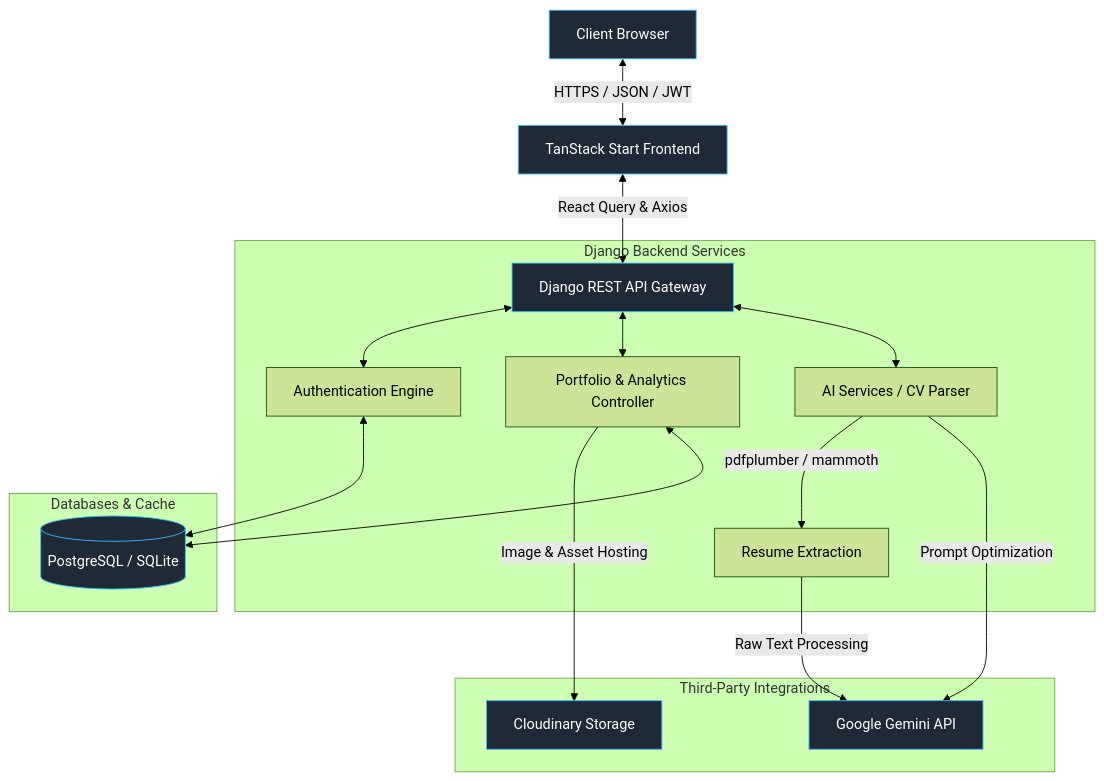
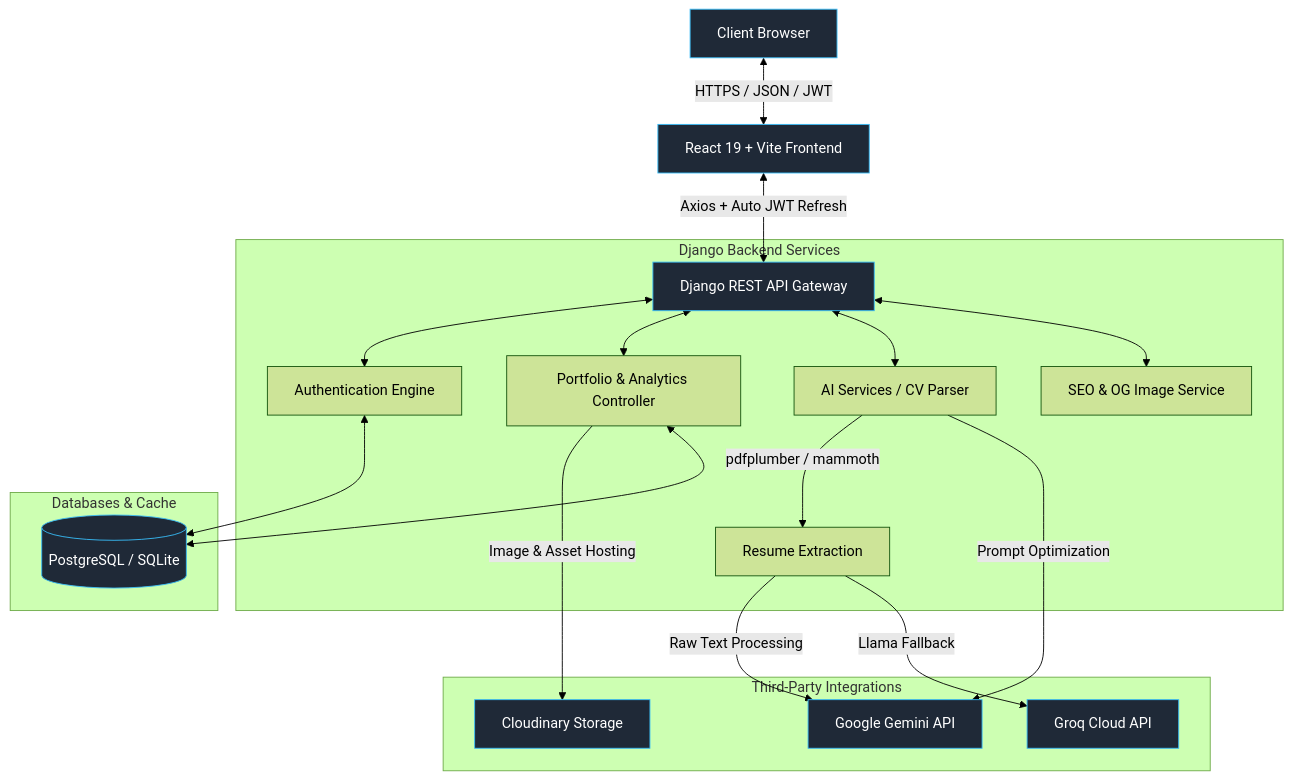
Before and after one commit to Indrasish007/PortfolioBuilder: the diagram in README.md, drawn with Mermaid (forest theme). The commit also changed other lines of this file, not shown here.

````diff
--- a/README.md
+++ b/README.md
@@ -55,26 +71,28 @@
 ```mermaid
 graph TD
-    A[Client Browser] <-->|HTTPS / JSON / JWT| B[TanStack Start Frontend]
-    B <-->|React Query & Axios| C[Django REST API Gateway]
+    A[Client Browser] <-->|HTTPS / JSON / JWT| B[React 19 + Vite Frontend]
+    B <-->|Axios + Auto JWT Refresh| C[Django REST API Gateway]
     
     subgraph Django Backend Services
         C <--> D[Authentication Engine]
         C <--> E[Portfolio & Analytics Controller]
         C <--> F[AI Services / CV Parser]
+        C <--> SEO[SEO & OG Image Service]
         
         F -->|pdfplumber / mammoth| F1[Resume Extraction]
     end
     
     subgraph Third-Party Integrations
         F1 -->|Raw Text Processing| G[Google Gemini API]
+        F1 -->|Llama Fallback| GQ[Groq Cloud API]
         F -->|Prompt Optimization| G
         E -->|Image & Asset Hosting| H[Cloudinary Storage]
     end
     
     subgraph Databases & Cache
         D & E <--> I[(PostgreSQL / SQLite)]
     end
 
     classDef tech fill:#1f2937,stroke:#38bdf8,stroke-width:1px,color:#fff;
-    class A,B,C,G,H,I tech;
+    class A,B,C,G,GQ,H,I tech;
 ```
````
